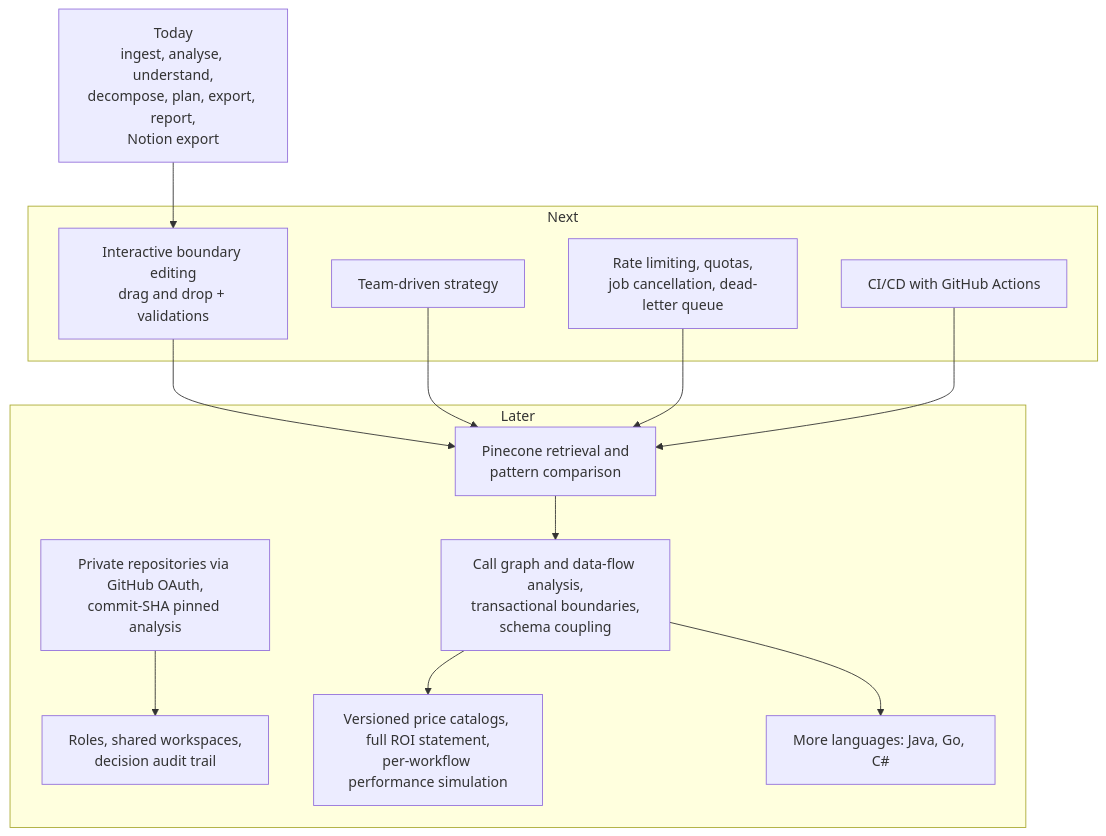
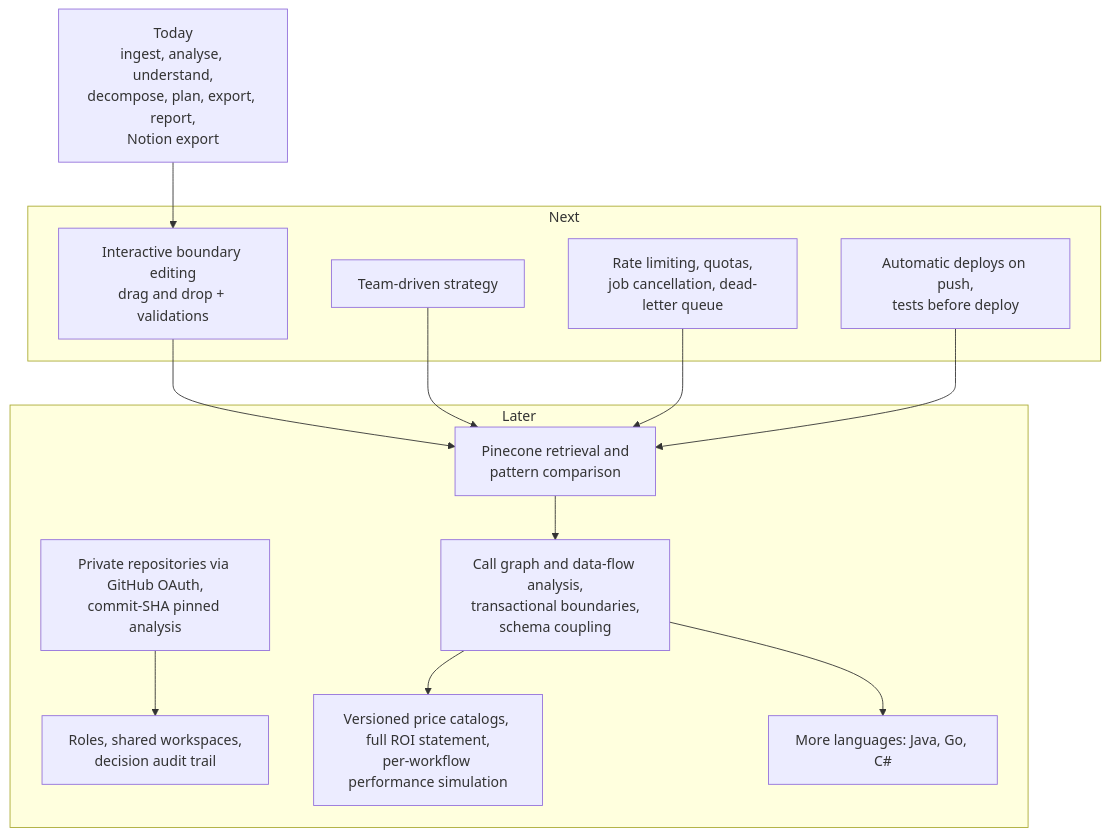
One commit to Tetra4ge/MonoMelt changed diagram 23 of 23 in README.md. Above: the diagram before and after it, drawn with Mermaid. The commit also changed other lines of this file, not shown here.

````diff
--- a/README.md
+++ b/README.md
@@ -1264,25 +1291,25 @@
 ```mermaid
 flowchart TD
     NOW["Today<br/>ingest, analyse, understand,<br/>decompose, plan, export, report,<br/>Notion export"] --> N2
     subgraph Next["Next"]
         N2["Interactive boundary editing<br/>drag and drop + validations"]
         N3["Team-driven strategy"]
         N4["Rate limiting, quotas,<br/>job cancellation, dead-letter queue"]
-        N5["CI/CD with GitHub Actions"]
+        N5["Automatic deploys on push,<br/>tests before deploy"]
     end
     N2 --> L1
     N3 --> L1
     N4 --> L1
     N5 --> L1
     subgraph Later["Later"]
         L1["Pinecone retrieval and<br/>pattern comparison"]
         L2["Call graph and data-flow analysis,<br/>transactional boundaries,<br/>schema coupling"]
         L3["Private repositories via GitHub OAuth,<br/>commit-SHA pinned analysis"]
         L4["Roles, shared workspaces,<br/>decision audit trail"]
         L5["Versioned price catalogs, full ROI statement,<br/>per-workflow performance simulation"]
         L6["More languages: Java, Go, C#"]
     end
     L1 --> L2 --> L5
     L3 --> L4
     L2 --> L6
 ```
````
